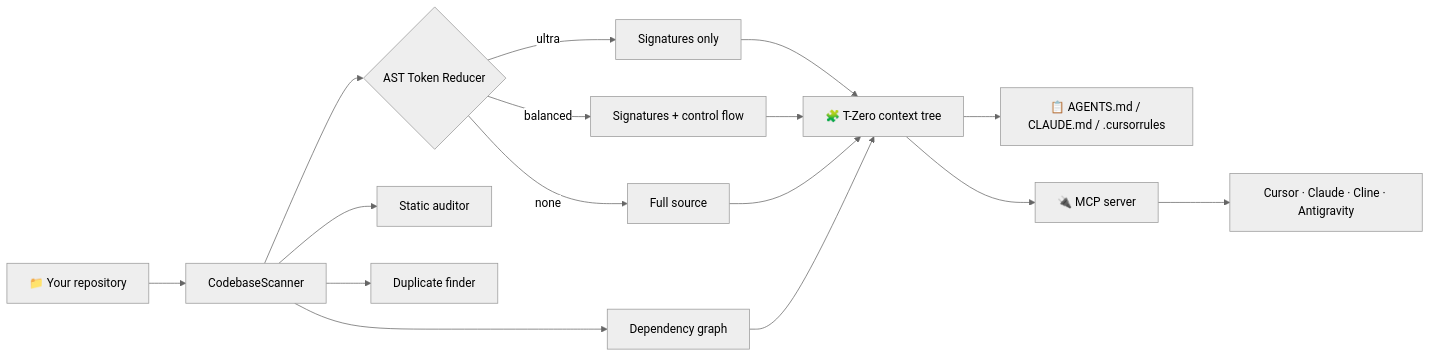
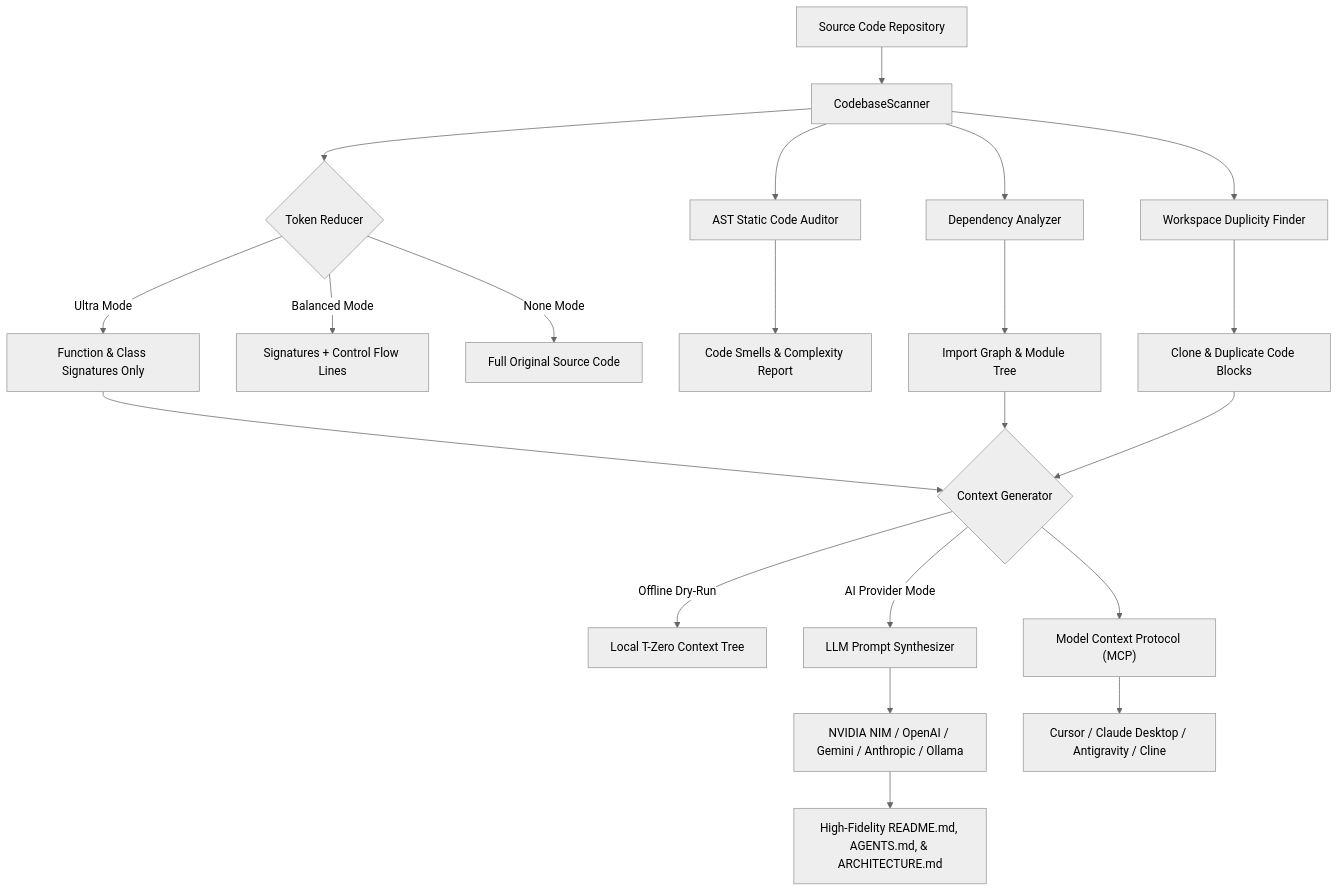
One commit to toprakahmetaydogmus/TZeroAlgorithm changed the first of 2 diagrams in README.md. Above: the diagram before and after it, drawn with Mermaid (neutral theme). The commit also changed other lines of this file, not shown here.

First line of the commit message:
docs: restore original README and fix inaccurate claims

````diff
--- a/README.md
+++ b/README.md
@@ -76,15 +139,28 @@
 ```mermaid
-flowchart LR
-    A["📁 Your repository"] --> B["CodebaseScanner"]
-    B --> C{"AST Token Reducer"}
-    C -->|ultra| D["Signatures only"]
-    C -->|balanced| E["Signatures + control flow"]
-    C -->|none| F["Full source"]
-    B --> G["Dependency graph"]
-    B --> H["Static auditor"]
-    B --> I["Duplicate finder"]
-    D & E & F & G --> J["🧩 T-Zero context tree"]
-    J --> K["📋 AGENTS.md / CLAUDE.md / .cursorrules"]
-    J --> L["🔌 MCP server"]
-    L --> M["Cursor · Claude · Cline · Antigravity"]
+flowchart TD
+    A["Source Code Repository"] --> B["CodebaseScanner"]
+    B --> C{"Token Reducer"}
+    C -->|"Ultra Mode"| D["Function & Class Signatures Only"]
+    C -->|"Balanced Mode"| E["Signatures + Control Flow Lines"]
+    C -->|"None Mode"| F["Full Original Source Code"]
+    
+    B --> G["AST Static Code Auditor"]
+    G --> H["Code Smells & Complexity Report"]
+    
+    B --> I["Dependency Analyzer"]
+    I --> J["Import Graph & Module Tree"]
+    
+    B --> K["Workspace Duplicity Finder"]
+    K --> L["Clone & Duplicate Code Blocks"]
+
+    D --> M{"Context Generator"}
+    J --> M
+    L --> M
+    M -->|"Offline Dry-Run"| N["Local T-Zero Context Tree"]
+    M -->|"AI Provider Mode"| O["LLM Prompt Synthesizer"]
+    O --> P["NVIDIA NIM / OpenAI / Gemini / Anthropic / Ollama"]
+    P --> Q["High-Fidelity README.md, AGENTS.md, & ARCHITECTURE.md"]
+
+    M --> R["Model Context Protocol (MCP)"]
+    R --> S["Cursor / Claude Desktop / Antigravity / Cline"]
 ```
````
